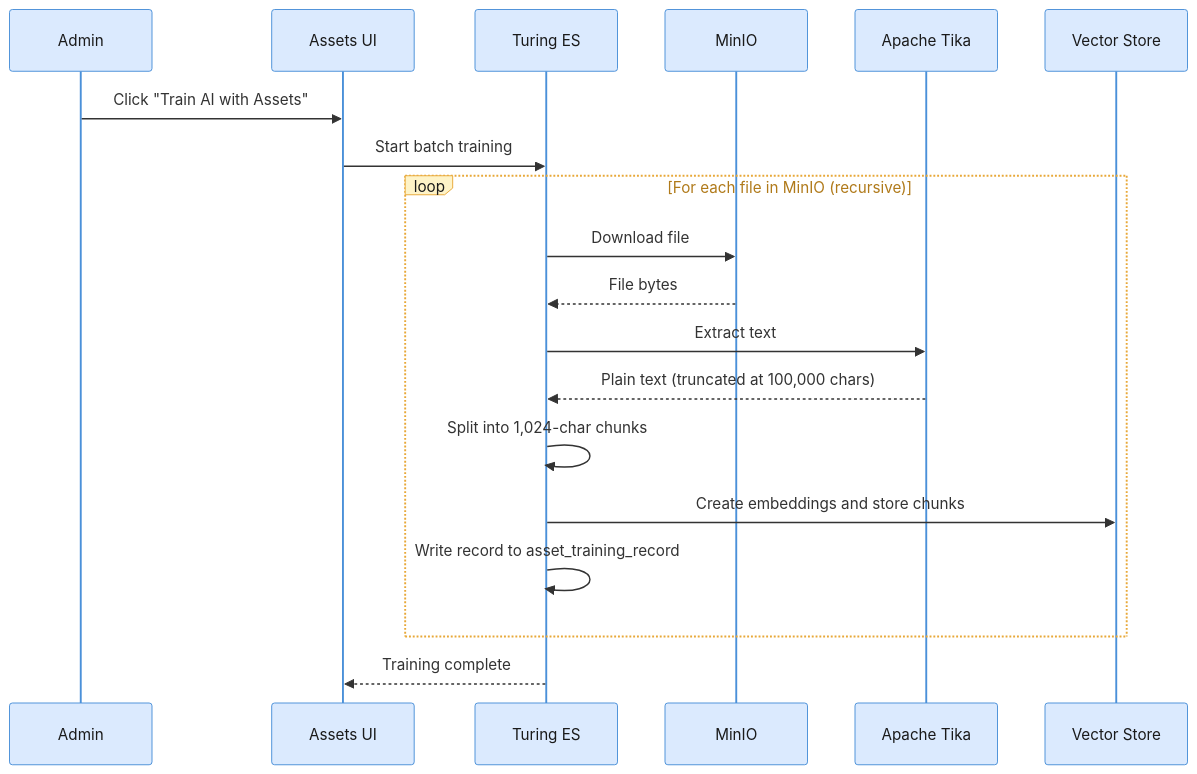
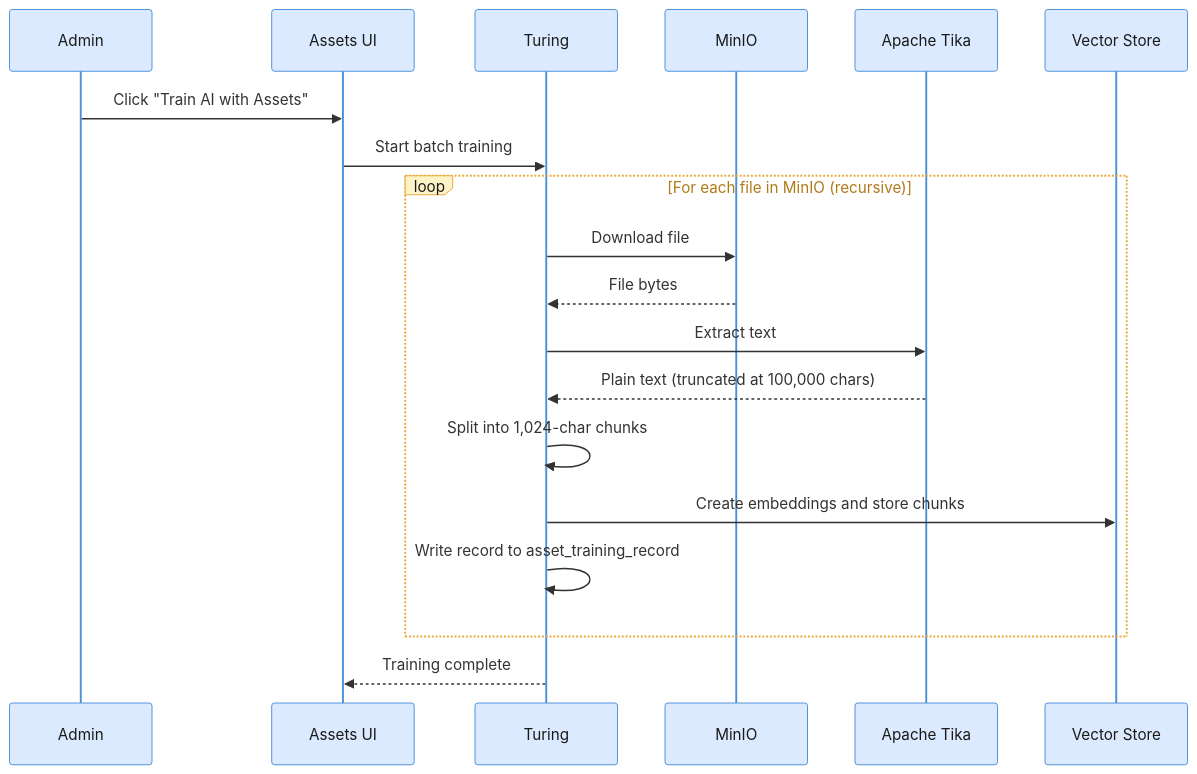
One commit to openviglet/docs changed the diagram in docs-turing/assets.md. Above: the diagram before and after it, drawn with Mermaid. The commit also changed other lines of this file and 157 other files, not shown here.

````diff
--- a/docs-turing/assets.md
+++ b/docs-turing/assets.md
@@ -136,23 +136,23 @@
 ```mermaid
 %%{init: {'theme': 'base', 'themeVariables': {'fontSize': '13px', 'actorBkg': '#dbeafe', 'actorBorder': '#4A90D9', 'actorTextColor': '#1a1a1a', 'activationBkgColor': '#ede9fe', 'activationBorderColor': '#9B6EC5', 'labelBoxBkgColor': '#fef3c7', 'labelBoxBorderColor': '#E8A838', 'labelTextColor': '#1a1a1a', 'loopTextColor': '#b07a1a', 'noteBkgColor': '#dcfce7', 'noteBorderColor': '#50B86C', 'noteTextColor': '#1a1a1a', 'signalColor': '#333', 'signalTextColor': '#333'}}}%%
 sequenceDiagram
     participant Admin
     participant UI as Assets UI
-    participant API as Turing ES
+    participant API as Turing
     participant MinIO
     participant Tika as Apache Tika
     participant VS as Vector Store
 
     Admin->>UI: Click "Train AI with Assets"
     UI->>API: Start batch training
     loop For each file in MinIO (recursive)
         API->>MinIO: Download file
         MinIO-->>API: File bytes
         API->>Tika: Extract text
         Tika-->>API: Plain text (truncated at 100,000 chars)
         API->>API: Split into 1,024-char chunks
         API->>VS: Create embeddings and store chunks
         API->>API: Write record to asset_training_record
     end
     API-->>UI: Training complete
 ```
````
